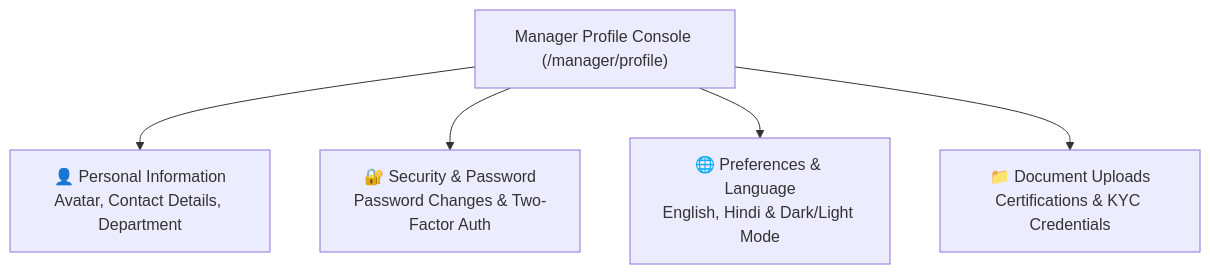
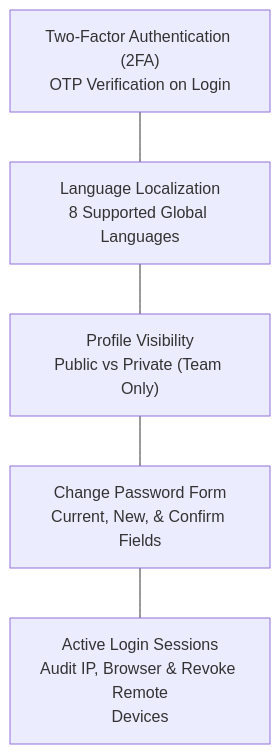
Before and after one commit to SRJ-GROUP/hubnest_user_guide: the second of 2 diagrams in docs/hrms-manager/profile.md, drawn with Mermaid. The commit also changed other lines of this file and 161 other files, not shown here.

Commit message:
feat: complete HubMeet suite, supervisor portal docs, diagram fixes, and interactive eye-button zoom modal

````diff
--- a/docs/hrms-manager/profile.md
+++ b/docs/hrms-manager/profile.md
@@ -22,7 +125,10 @@
 ```mermaid
-graph TD
-    Profile["Manager Profile Console (/manager/profile)"] --> P1["👤 Personal Information<br/>Avatar, Contact Details, Department"]
-    Profile --> P2["🔐 Security & Password<br/>Password Changes & Two-Factor Auth"]
-    Profile --> P3["🌐 Preferences & Language<br/>English, Hindi & Dark/Light Mode"]
-    Profile --> P4["📁 Document Uploads<br/>Certifications & KYC Credentials"]
+flowchart TD
+    S1["Two-Factor Authentication (2FA)<br/>OTP Verification on Login"]
+    S2["Language Localization<br/>8 Supported Global Languages"]
+    S3["Profile Visibility<br/>Public vs Private (Team Only)"]
+    S4["Change Password Form<br/>Current, New, & Confirm Fields"]
+    S5["Active Login Sessions<br/>Audit IP, Browser & Revoke Remote<br/>Devices"]
+
+    S1 --- S2 --- S3 --- S4 --- S5
 ```
````
